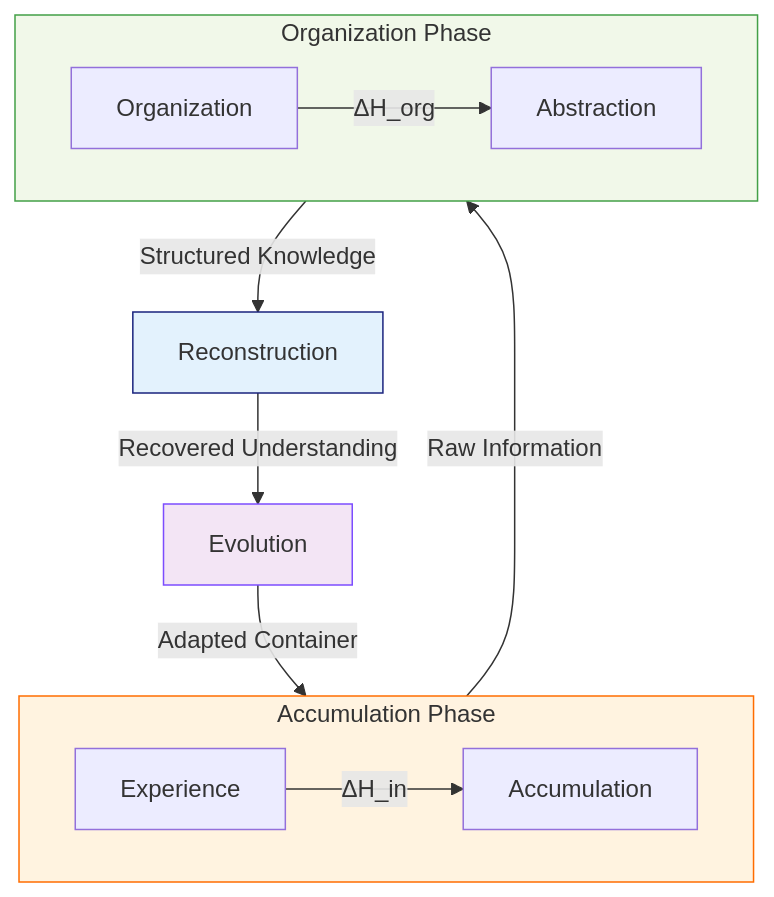
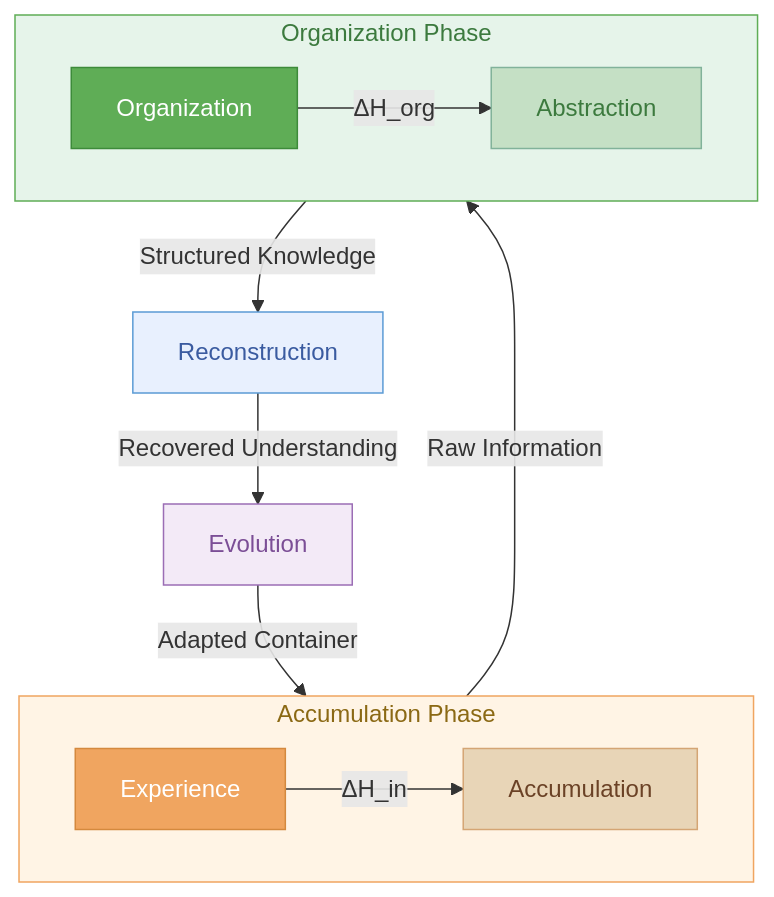
The third of 5 diagrams in README.md (tellmewhattodo/cognitive-continuity-engineering), drawn with Mermaid before and after one commit. The commit also changed other lines of this file, not shown here.

Commit message:
Fix Mermaid color palette for eye-friendly readability

````diff
--- a/README.md
+++ b/README.md
@@ -327,18 +327,22 @@
 ```mermaid
 flowchart TB
     subgraph Accumulation["Accumulation Phase"]
         Exp[Experience] -->|ΔH_in| Acc[Accumulation]
     end
     subgraph Organization["Organization Phase"]
         Org[Organization] -->|ΔH_org| Abs[Abstraction]
     end
     Accumulation -->|Raw Information| Organization
     Organization -->|Structured Knowledge| Recon[Reconstruction]
     Recon -->|Recovered Understanding| Evo[Evolution]
     Evo -->|Adapted Container| Accumulation
     
-    style Accumulation fill:#FFF3E0,stroke:#FF6D00
-    style Organization fill:#F1F8E9,stroke:#43A047
-    style Recon fill:#E3F2FD,stroke:#1A237E
-    style Evo fill:#F3E5F5,stroke:#7C4DFF
+    style Accumulation fill:#FFF4E5,stroke:#F0A560,color:#8B6914
+    style Organization fill:#E6F4EA,stroke:#5FAD56,color:#3C7A3E
+    style Recon fill:#E8F0FE,stroke:#5B9BD5,color:#3A5BA0
+    style Evo fill:#F3EAF7,stroke:#9B6DB5,color:#7B4E96
+    style Exp fill:#F0A560,color:#fff,stroke:#D4893E
+    style Acc fill:#E8D5B7,color:#6B4226,stroke:#D4A574
+    style Org fill:#5FAD56,color:#fff,stroke:#3D8B3A
+    style Abs fill:#C5E0C5,color:#3C7A3E,stroke:#81B29A
 ```
````
